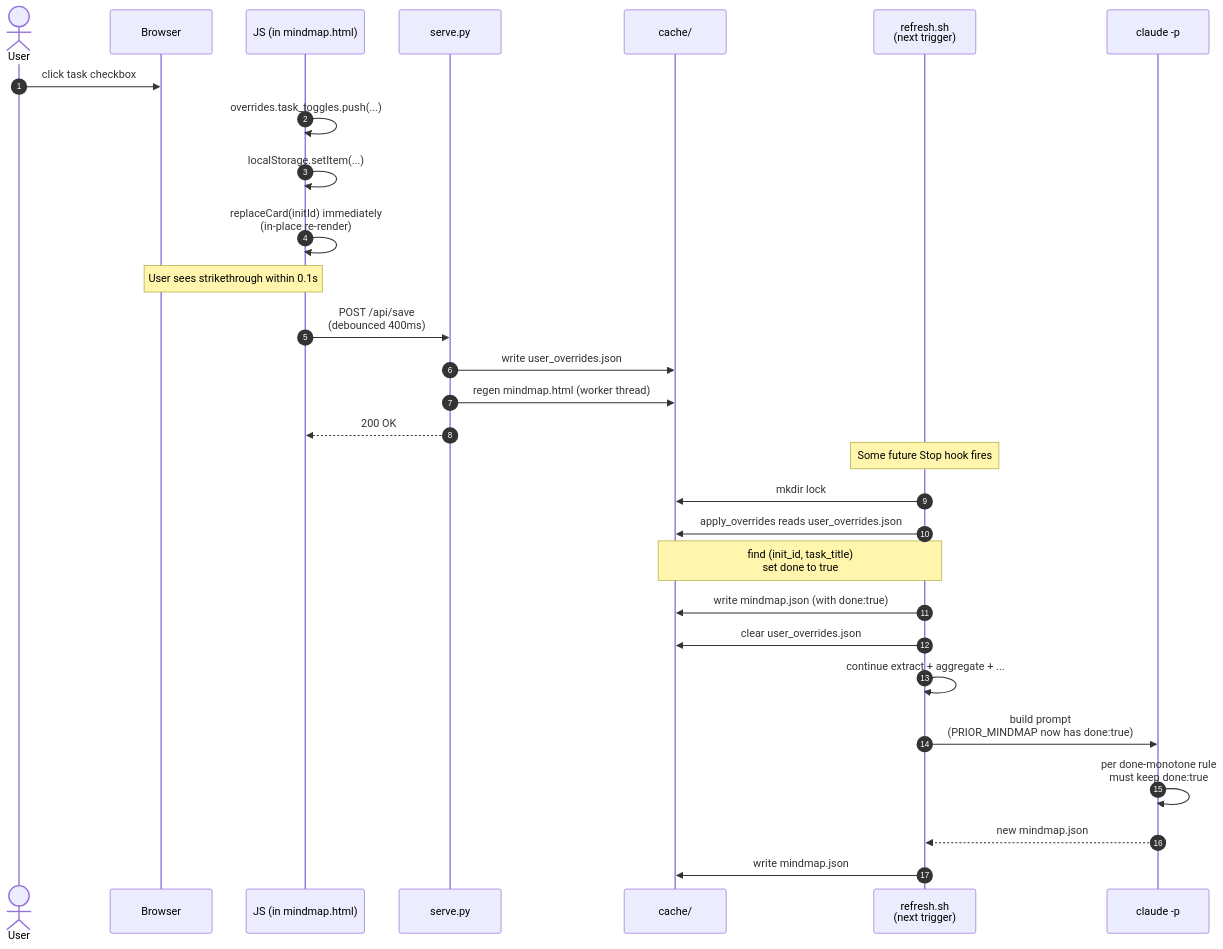
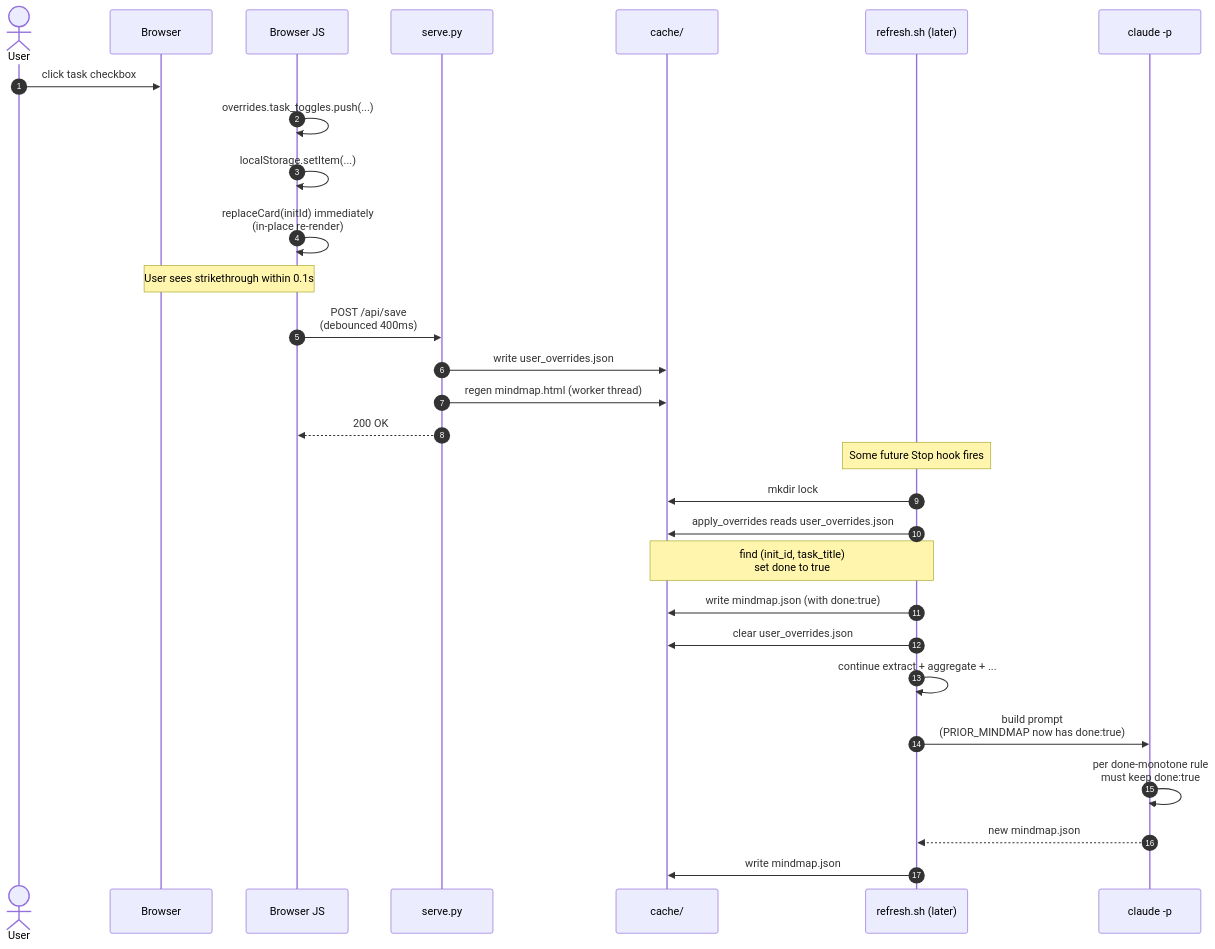
The seventh of 11 diagrams in docs/ARCHITECTURE.md (Icesource/claude-code-worktree), drawn with Mermaid before and after one commit. The commit also changed other lines of this file and 1 other file, not shown here.

First line of the commit message:
Fix Mermaid syntax errors in ARCHITECTURE diagrams

````diff
--- a/docs/ARCHITECTURE.md
+++ b/docs/ARCHITECTURE.md
@@ -476,33 +476,33 @@
 ```mermaid
 sequenceDiagram
     autonumber
     actor U as User
     participant B as Browser
-    participant J as JS (in mindmap.html)
+    participant J as Browser JS
     participant S as serve.py
     participant FS as cache/
-    participant R as refresh.sh<br/>(next trigger)
+    participant R as refresh.sh (later)
     participant AI as claude -p
 
     U->>B: click task checkbox
     J->>J: overrides.task_toggles.push(...)
     J->>J: localStorage.setItem(...)
     J->>J: replaceCard(initId) immediately<br/>(in-place re-render)
     Note over J,B: User sees strikethrough within 0.1s
     J->>S: POST /api/save<br/>(debounced 400ms)
     S->>FS: write user_overrides.json
     S->>FS: regen mindmap.html (worker thread)
     S-->>J: 200 OK
 
     Note over R: Some future Stop hook fires
     R->>FS: mkdir lock
     R->>FS: apply_overrides reads user_overrides.json
     Note over R,FS: find (init_id, task_title)<br/>set done to true
     R->>FS: write mindmap.json (with done:true)
     R->>FS: clear user_overrides.json
     R->>R: continue extract + aggregate + ...
     R->>AI: build prompt<br/>(PRIOR_MINDMAP now has done:true)
     AI->>AI: per done-monotone rule<br/>must keep done:true
     AI-->>R: new mindmap.json
     R->>FS: write mindmap.json
 ```
````
